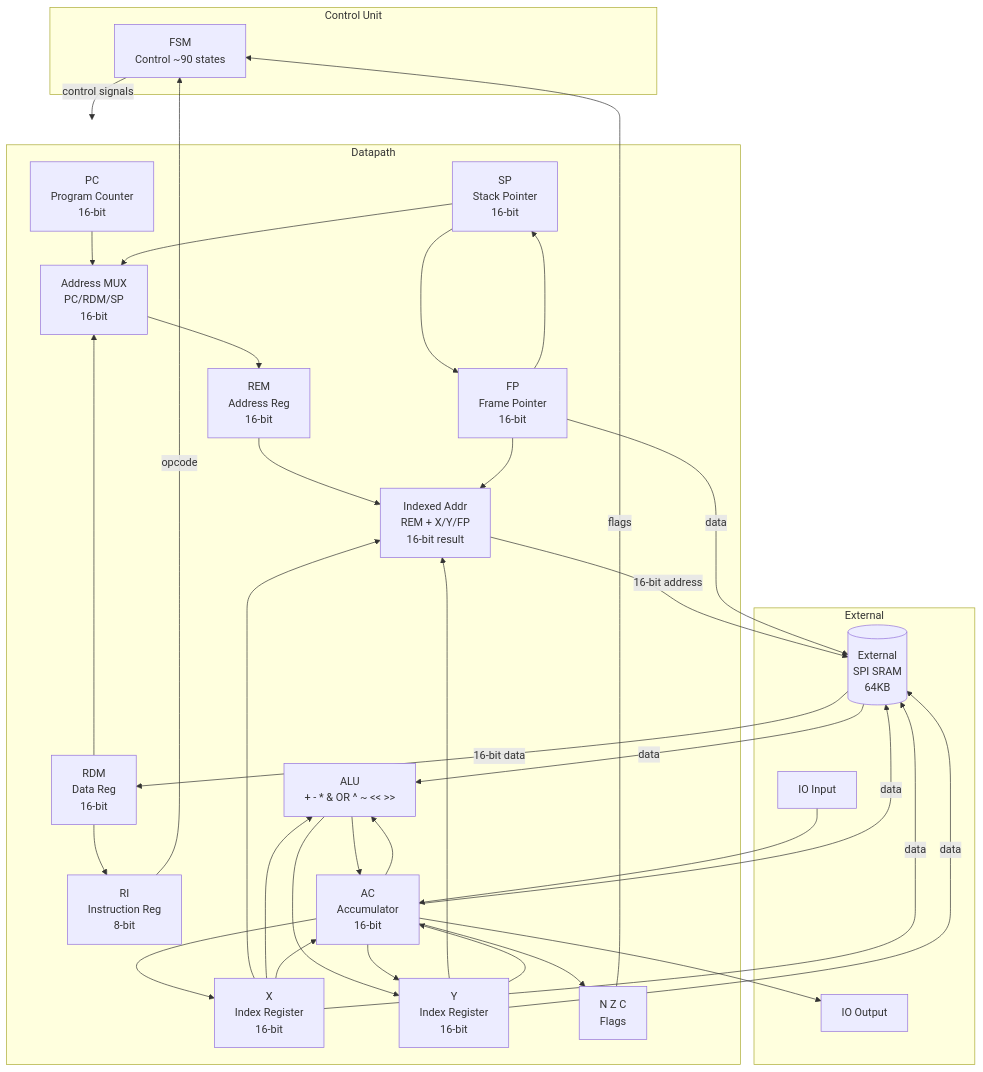
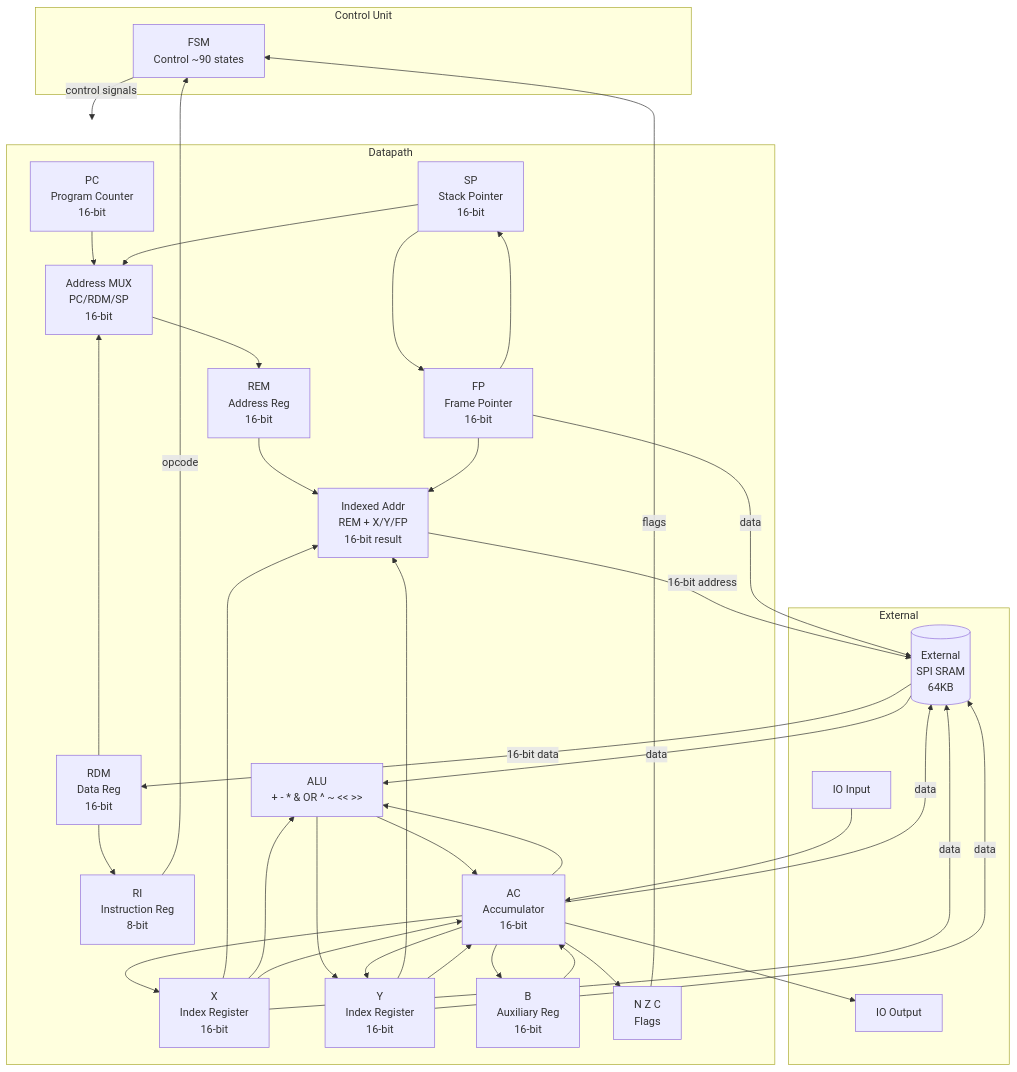
One commit to leonardoaraujosantos/neander_tinytapeout_2026 changed the second of 2 diagrams in README.md. Above: the diagram before and after it, drawn with Mermaid. The commit also changed other lines of this file and 9 other files, not shown here.

````diff
--- a/README.md
+++ b/README.md
@@ -393,62 +423,65 @@
 ```mermaid
 graph TB
     subgraph Control Unit
         FSM[FSM<br/>Control ~90 states]
     end
 
     subgraph Datapath
         PC[PC<br/>Program Counter<br/>16-bit]
         SP[SP<br/>Stack Pointer<br/>16-bit]
         FP[FP<br/>Frame Pointer<br/>16-bit]
         X[X<br/>Index Register<br/>16-bit]
         Y[Y<br/>Index Register<br/>16-bit]
+        B[B<br/>Auxiliary Reg<br/>16-bit]
         RI[RI<br/>Instruction Reg<br/>8-bit]
         REM[REM<br/>Address Reg<br/>16-bit]
         RDM[RDM<br/>Data Reg<br/>16-bit]
         AC[AC<br/>Accumulator<br/>16-bit]
         ALU[ALU<br/>+ - * & OR ^ ~ << >>]
         NZC[N Z C<br/>Flags]
         MUX[Address MUX<br/>PC/RDM/SP<br/>16-bit]
         IDX[Indexed Addr<br/>REM + X/Y/FP<br/>16-bit result]
     end
 
     subgraph External
         RAM[(External<br/>SPI SRAM<br/>64KB)]
         IO_IN[IO Input]
         IO_OUT[IO Output]
     end
 
     FSM -->|control signals| Datapath
     RI -->|opcode| FSM
     NZC -->|flags| FSM
 
     PC --> MUX
     RDM --> MUX
     SP --> MUX
     MUX --> REM
     REM --> IDX
     X --> IDX
     Y --> IDX
     FP --> IDX
     IDX -->|16-bit address| RAM
     RAM -->|16-bit data| RDM
     RDM --> RI
     AC --> ALU
     X --> ALU
     ALU --> AC
     ALU --> Y
     AC --> X
     AC --> Y
+    AC --> B
     X --> AC
     Y --> AC
+    B --> AC
     SP --> FP
     FP --> SP
     RAM -->|data| ALU
     AC --> NZC
     AC -->|data| RAM
     X -->|data| RAM
     Y -->|data| RAM
     FP -->|data| RAM
     IO_IN --> AC
     AC --> IO_OUT
 ```
````
